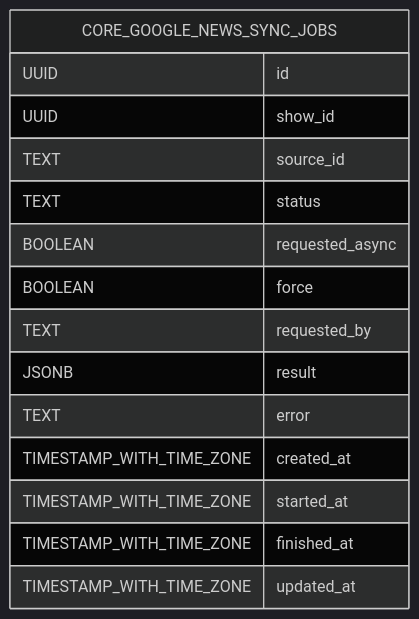
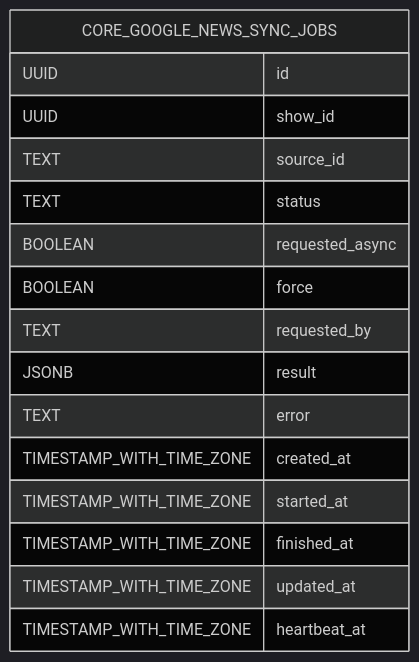
One commit to therealityreport/trr-backend changed the diagram in supabase/schema_docs/diagrams/core.google_news_sync_jobs.mermaid.md. Above: the diagram before and after it, drawn with Mermaid (dark theme). The commit also changed 7 other files, not shown here.

Commit message:
chore: refresh schema docs for current migrations

````diff
--- a/supabase/schema_docs/diagrams/core.google_news_sync_jobs.mermaid.md
+++ b/supabase/schema_docs/diagrams/core.google_news_sync_jobs.mermaid.md
@@ -4,18 +4,19 @@
 ```mermaid
 erDiagram
     CORE_GOOGLE_NEWS_SYNC_JOBS {
         UUID id
         UUID show_id
         TEXT source_id
         TEXT status
         BOOLEAN requested_async
         BOOLEAN force
         TEXT requested_by
         JSONB result
         TEXT error
         TIMESTAMP_WITH_TIME_ZONE created_at
         TIMESTAMP_WITH_TIME_ZONE started_at
         TIMESTAMP_WITH_TIME_ZONE finished_at
         TIMESTAMP_WITH_TIME_ZONE updated_at
+        TIMESTAMP_WITH_TIME_ZONE heartbeat_at
     }
 ```
````
